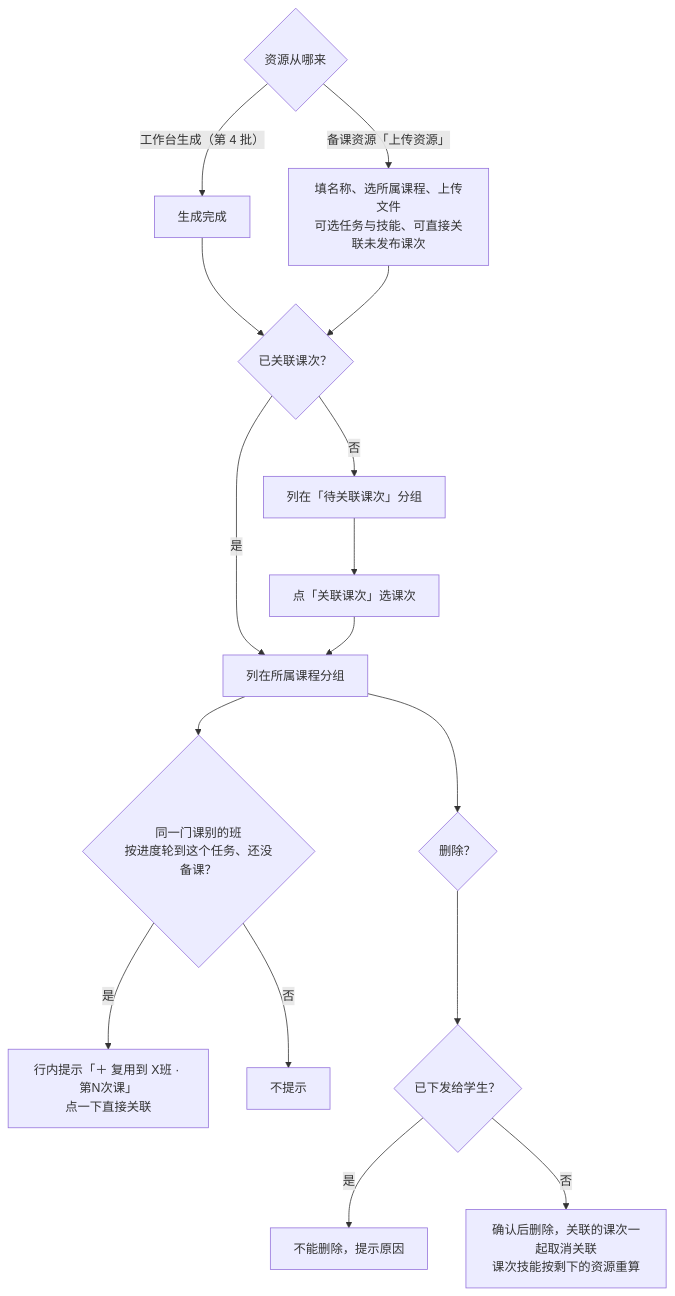
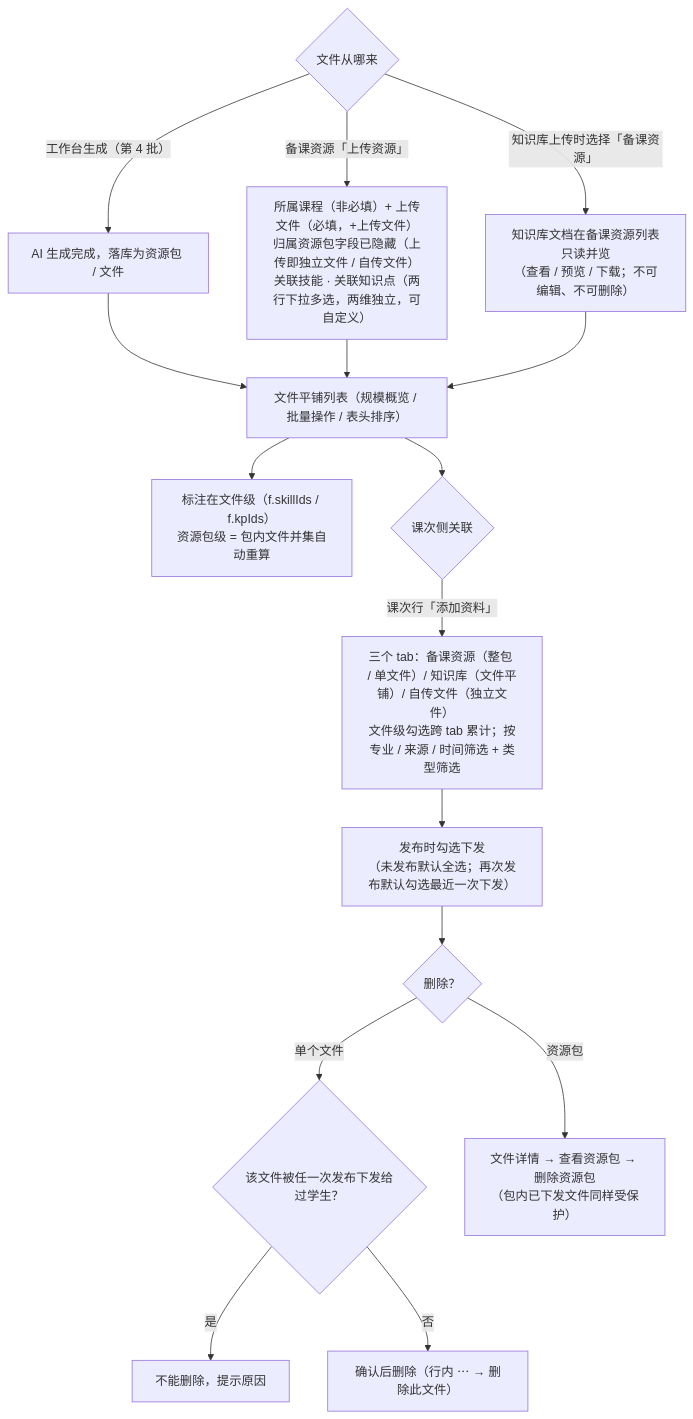
One commit to qlf123/industry-analyzer-demo changed the second of 3 diagrams in PRD-第三批-智慧课堂框架.md. Above: the diagram before and after it, drawn with Mermaid. The commit also changed other lines of this file and 132 other files, not shown here.

````diff
--- a/PRD-第三批-智慧课堂框架.md
+++ b/PRD-第三批-智慧课堂框架.md
@@ -70,18 +87,18 @@
 ```mermaid
 flowchart TD
-    A{"资源从哪来"} -- "工作台生成（第 4 批）" --> B["生成完成"]
-    A -- "备课资源「上传资源」" --> U["填名称、选所属课程、上传文件<br/>可选任务与技能、可直接关联未发布课次"]
-    B --> L{"已关联课次？"}
+    A{"文件从哪来"} -- "工作台生成（第 4 批）" --> B["AI 生成完成，落库为资源包 / 文件"]
+    A -- "备课资源「上传资源」" --> U["所属课程（非必填）+ 上传文件（必填，+上传文件）<br/>归属资源包字段已隐藏（上传即独立文件 / 自传文件）<br/>关联技能 · 关联知识点（两行下拉多选，两维独立，可自定义）"]
+    A -- "知识库上传时选择「备课资源」" --> KB["知识库文档在备课资源列表只读并览<br/>（查看 / 预览 / 下载；不可编辑、不可删除）"]
+    B --> L["文件平铺列表（规模概览 / 批量操作 / 表头排序）"]
     U --> L
-    L -- "否" --> P["列在「待关联课次」分组"]
-    L -- "是" --> G["列在所属课程分组"]
-    P --> K["点「关联课次」选课次"]
-    K --> G
-    G --> R{"同一门课别的班<br/>按进度轮到这个任务、还没备课？"}
-    R -- "是" --> R1["行内提示「＋ 复用到 X班 · 第N次课」<br/>点一下直接关联"]
-    R -- "否" --> R2["不提示"]
-    G --> D{"删除？"}
-    D --> D1{"已下发给学生？"}
+    KB --> L
+    L --> SK["标注在文件级（f.skillIds / f.kpIds）<br/>资源包级 = 包内文件并集自动重算"]
+    L --> C{"课次侧关联"}
+    C -- "课次行「添加资料」" --> C1["三个 tab：备课资源（整包 / 单文件）/ 知识库（文件平铺）/ 自传文件（独立文件）<br/>文件级勾选跨 tab 累计；按专业 / 来源 / 时间筛选 + 类型筛选"]
+    C1 --> P["发布时勾选下发<br/>（未发布默认全选；再次发布默认勾选最近一次下发）"]
+    P --> D{"删除？"}
+    D -- "单个文件" --> D1{"该文件被任一次发布下发给过学生？"}
     D1 -- "是" --> D2["不能删除，提示原因"]
-    D1 -- "否" --> D3["确认后删除，关联的课次一起取消关联<br/>课次技能按剩下的资源重算"]
+    D1 -- "否" --> D3["确认后删除（行内 ⋯ → 删除此文件）"]
+    D -- "资源包" --> D4["文件详情 → 查看资源包 → 删除资源包<br/>（包内已下发文件同样受保护）"]
 ```
````
